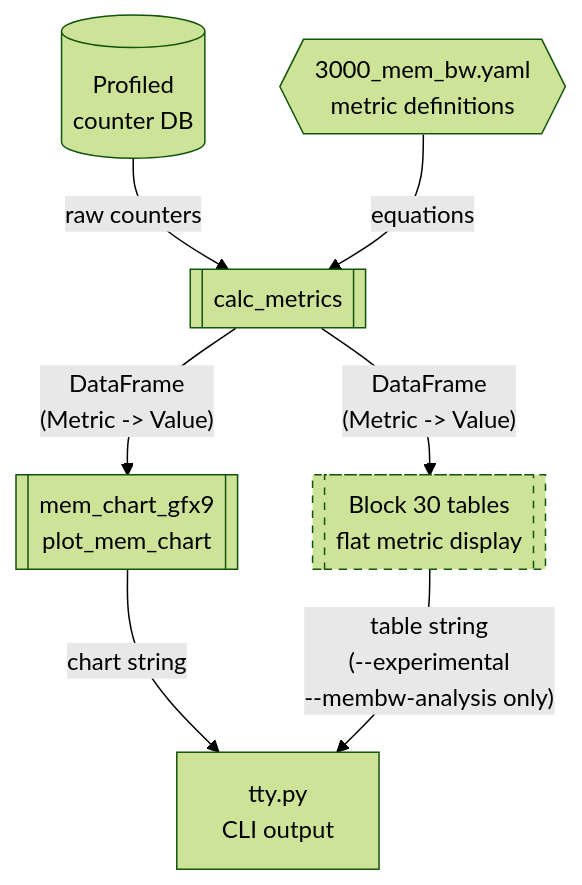
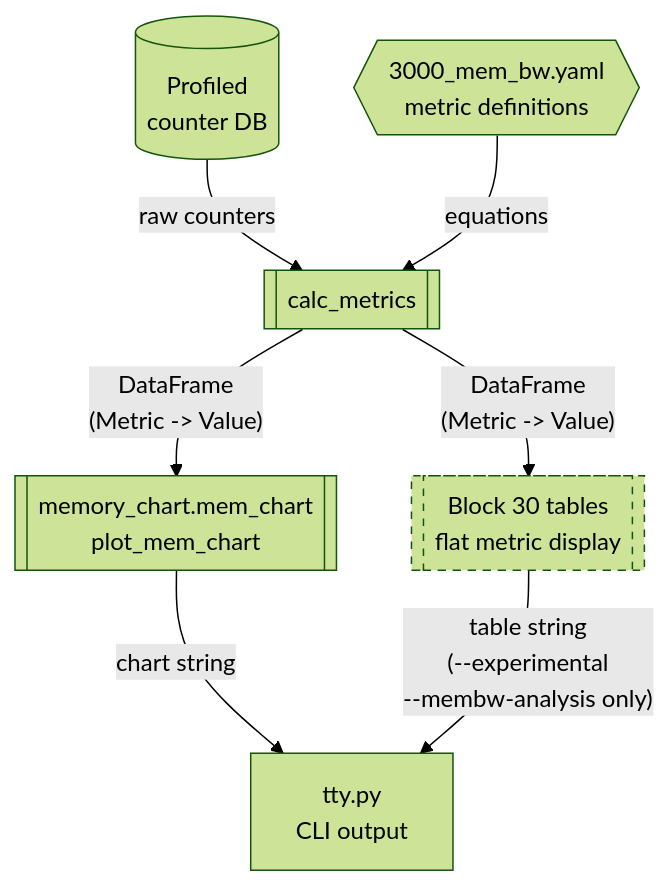
One commit to ROCm/rocm-systems changed the first of 3 diagrams in projects/rocprofiler-compute/docs/design/hld-membw-guided-analysis-in-memchart.md. Above: the diagram before and after it, drawn with Mermaid (forest theme). The commit also changed other lines of this file and 18 other files, not shown here.

First line of the commit message:
feat(rocprofiler-compute): draw the memory chart from its layout

````diff
--- a/projects/rocprofiler-compute/docs/design/hld-membw-guided-analysis-in-memchart.md
+++ b/projects/rocprofiler-compute/docs/design/hld-membw-guided-analysis-in-memchart.md
@@ -204,16 +204,16 @@
 ```mermaid
 flowchart TD
     DB[(Profiled<br/>counter DB)]
     B30{{3000_mem_bw.yaml<br/>metric definitions}}
 
     DB -- raw counters --> CALC[[calc_metrics]]
     B30 -- equations --> CALC
 
-    CALC -- "DataFrame<br/>(Metric -> Value)" --> MC[[mem_chart_gfx9<br/>plot_mem_chart]]
+    CALC -- "DataFrame<br/>(Metric -> Value)" --> MC[[memory_chart.mem_chart<br/>plot_mem_chart]]
     CALC -- "DataFrame<br/>(Metric -> Value)" --> B30T[[Block 30 tables<br/>flat metric display]]
 
     MC -- chart string --> TTY[tty.py<br/>CLI output]
     B30T -- "table string<br/>(--experimental<br/>--membw-analysis only)" --> TTY
 
     style B30T stroke-dasharray: 5 5
 ```
````
